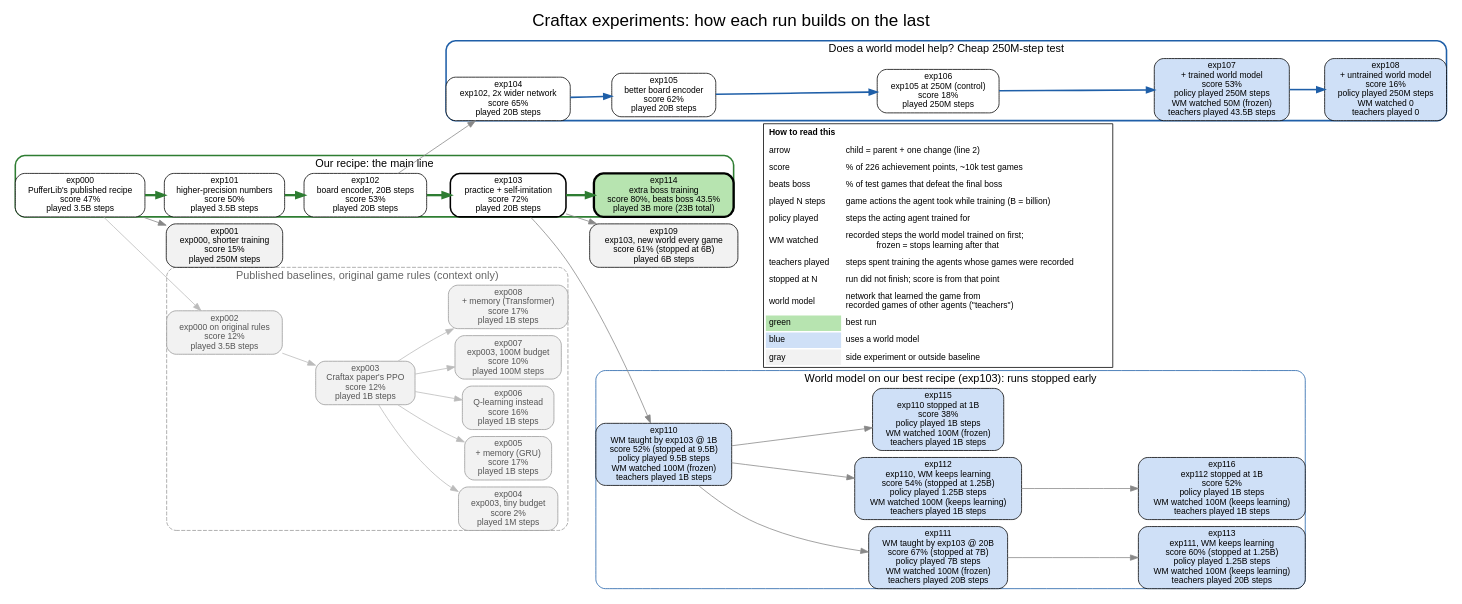
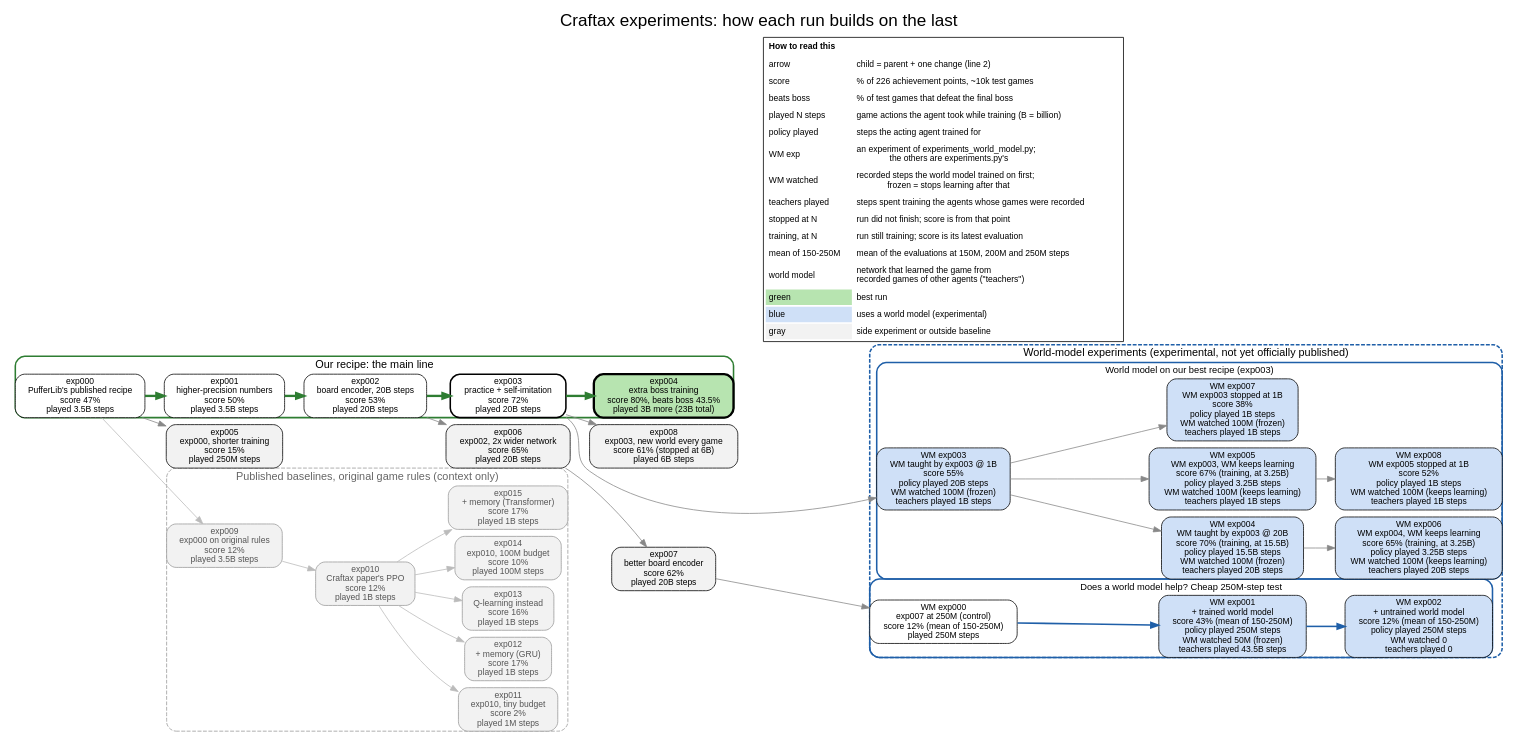
The diagram in priml/baselines/craftax/docs/experiments.dot (Abhishek-B-R/priml), drawn with Graphviz before and after one commit. The commit also changed 39 other files, not shown here.

```diff
--- a/priml/baselines/craftax/docs/experiments.dot
+++ b/priml/baselines/craftax/docs/experiments.dot
@@ -1,81 +1,89 @@
 digraph craftax {
   rankdir=LR;
   graph [fontname="Helvetica", nodesep=0.12, ranksep=0.35, margin=0.1, labelloc=t, fontsize=22,
          label="Craftax experiments: how each run builds on the last"];
   node  [shape=box, style="rounded,filled", fillcolor="white", fontname="Helvetica", fontsize=11];
   edge  [color="#888888"];
 
   subgraph cluster_main {
     label="Our recipe: the main line"; fontsize=14; style="rounded"; color="#2e7d32"; penwidth=2;
     exp000 [label="exp000\nPufferLib's published recipe\nscore 47%\nplayed 3.5B steps"];
-    exp101 [label="exp101\nhigher-precision numbers\nscore 50%\nplayed 3.5B steps"];
-    exp102 [label="exp102\nboard encoder, 20B steps\nscore 53%\nplayed 20B steps"];
-    exp103 [label="exp103\npractice + self-imitation\nscore 72%\nplayed 20B steps", penwidth=2];
-    exp114 [label="exp114\nextra boss training\nscore 80%, beats boss 43.5%\nplayed 3B more (23B total)", fillcolor="#b7e4b0", penwidth=3];
+    exp001 [label="exp001\nhigher-precision numbers\nscore 50%\nplayed 3.5B steps"];
+    exp002 [label="exp002\nboard encoder, 20B steps\nscore 53%\nplayed 20B steps"];
+    exp003 [label="exp003\npractice + self-imitation\nscore 72%\nplayed 20B steps", penwidth=2];
+    exp004 [label="exp004\nextra boss training\nscore 80%, beats boss 43.5%\nplayed 3B more (23B total)", fillcolor="#b7e4b0", penwidth=3];
   }
-  exp000 -> exp101 -> exp102 -> exp103 -> exp114 [color="#2e7d32", penwidth=3, weight=10];
+  exp000 -> exp001 -> exp002 -> exp003 -> exp004 [color="#2e7d32", penwidth=3, weight=10];
 
-  exp001 [label="exp001\nexp000, shorter training\nscore 15%\nplayed 250M steps", fillcolor="#f2f2f2"];
-  exp109 [label="exp109\nexp103, new world every game\nscore 61% (stopped at 6B)\nplayed 6B steps", fillcolor="#f2f2f2"];
-  exp000 -> exp001;
-  exp103 -> exp109;
+  exp005 [label="exp005\nexp000, shorter training\nscore 15%\nplayed 250M steps", fillcolor="#f2f2f2"];
+  exp008 [label="exp008\nexp003, new world every game\nscore 61% (stopped at 6B)\nplayed 6B steps", fillcolor="#f2f2f2"];
+  exp006 [label="exp006\nexp002, 2x wider network\nscore 65%\nplayed 20B steps", fillcolor="#f2f2f2"];
+  exp007 [label="exp007\nbetter board encoder\nscore 62%\nplayed 20B steps", fillcolor="#f2f2f2"];
+  exp000 -> exp005;
+  exp003 -> exp008;
+  exp002 -> exp006 -> exp007;
 
   subgraph cluster_baselines {
     label="Published baselines, original game rules (context only)"; fontsize=14; style="rounded,dashed"; color="#999999"; fontcolor="#666666";
     node [fillcolor="#f2f2f2", fontcolor="#555555", color="#999999"];
-    exp002 [label="exp002\nexp000 on original rules\nscore 12%\nplayed 3.5B steps"];
-    exp003 [label="exp003\nCraftax paper's PPO\nscore 12%\nplayed 1B steps"];
-    exp004 [label="exp004\nexp003, tiny budget\nscore 2%\nplayed 1M steps"];
-    exp005 [label="exp005\n+ memory (GRU)\nscore 17%\nplayed 1B steps"];
-    exp006 [label="exp006\nQ-learning instead\nscore 16%\nplayed 1B steps"];
-    exp007 [label="exp007\nexp003, 100M budget\nscore 10%\nplayed 100M steps"];
-    exp008 [label="exp008\n+ memory (Transformer)\nscore 17%\nplayed 1B steps"];
+    exp009 [label="exp009\nexp000 on original rules\nscore 12%\nplayed 3.5B steps"];
+    exp010 [label="exp010\nCraftax paper's PPO\nscore 12%\nplayed 1B steps"];
+    exp011 [label="exp011\nexp010, tiny budget\nscore 2%\nplayed 1M steps"];
+    exp012 [label="exp012\n+ memory (GRU)\nscore 17%\nplayed 1B steps"];
+    exp013 [label="exp013\nQ-learning instead\nscore 16%\nplayed 1B steps"];
+    exp014 [label="exp014\nexp010, 100M budget\nscore 10%\nplayed 100M steps"];
+    exp015 [label="exp015\n+ memory (Transformer)\nscore 17%\nplayed 1B steps"];
   }
-  exp000 -> exp002 [color="#bbbbbb"];
-  exp002 -> exp003 [color="#bbbbbb"];
-  exp003 -> exp004 [color="#bbbbbb"]; exp003 -> exp005 [color="#bbbbbb"]; exp003 -> exp006 [color="#bbbbbb"];
-  exp003 -> exp007 [color="#bbbbbb"]; exp003 -> exp008 [color="#bbbbbb"];
+  exp000 -> exp009 [color="#bbbbbb"];
+  exp009 -> exp010 [color="#bbbbbb"];
+  exp010 -> exp011 [color="#bbbbbb"]; exp010 -> exp012 [color="#bbbbbb"]; exp010 -> exp013 [color="#bbbbbb"];
+  exp010 -> exp014 [color="#bbbbbb"]; exp010 -> exp015 [color="#bbbbbb"];
 
-  subgraph cluster_wm_test {
-    label="Does a world model help? Cheap 250M-step test"; fontsize=14; style="rounded"; color="#1f5fa8"; penwidth=2;
-    exp104 [label="exp104\nexp102, 2x wider network\nscore 65%\nplayed 20B steps"];
-    exp105 [label="exp105\nbetter board encoder\nscore 62%\nplayed 20B steps"];
-    exp106 [label="exp106\nexp105 at 250M (control)\nscore 18%\nplayed 250M steps"];
-    exp107 [label="exp107\n+ trained world model\nscore 53%\npolicy played 250M steps\nWM watched 50M (frozen)\nteachers played 43.5B steps", fillcolor="#cfe0f7"];
-    exp108 [label="exp108\n+ untrained world model\nscore 16%\npolicy played 250M steps\nWM watched 0\nteachers played 0", fillcolor="#cfe0f7"];
+  subgraph cluster_world_model {
+    label="World-model experiments (experimental, not yet officially published)"; fontsize=14; style="rounded,dashed"; color="#1f5fa8"; penwidth=2;
+    node [fillcolor="#cfe0f7"];
+
+    subgraph cluster_wm_test {
+      label="Does a world model help? Cheap 250M-step test"; fontsize=12; style="rounded"; color="#1f5fa8";
+      wm000 [label="WM exp000\nexp007 at 250M (control)\nscore 12% (mean of 150-250M)\nplayed 250M steps", fillcolor="white"];
+      wm001 [label="WM exp001\n+ trained world model\nscore 43% (mean of 150-250M)\npolicy played 250M steps\nWM watched 50M (frozen)\nteachers played 43.5B steps"];
+      wm002 [label="WM exp002\n+ untrained world model\nscore 12% (mean of 150-250M)\npolicy played 250M steps\nWM watched 0\nteachers played 0"];
+    }
+
+    subgraph cluster_wm_best {
+      label="World model on our best recipe (exp003)"; fontsize=12; style="rounded"; color="#1f5fa8";
+      wm003 [label="WM exp003\nWM taught by exp003 @ 1B\nscore 55%\npolicy played 20B steps\nWM watched 100M (frozen)\nteachers played 1B steps"];
+      wm004 [label="WM exp004\nWM taught by exp003 @ 20B\nscore 70% (training, at 15.5B)\npolicy played 15.5B steps\nWM watched 100M (frozen)\nteachers played 20B steps"];
+      wm005 [label="WM exp005\nWM exp003, WM keeps learning\nscore 67% (training, at 3.25B)\npolicy played 3.25B steps\nWM watched 100M (keeps learning)\nteachers played 1B steps"];
+      wm006 [label="WM exp006\nWM exp004, WM keeps learning\nscore 65% (training, at 3.25B)\npolicy played 3.25B steps\nWM watched 100M (keeps learning)\nteachers played 20B steps"];
+      wm007 [label="WM exp007\nWM exp003 stopped at 1B\nscore 38%\npolicy played 1B steps\nWM watched 100M (frozen)\nteachers played 1B steps"];
+      wm008 [label="WM exp008\nWM exp005 stopped at 1B\nscore 52%\npolicy played 1B steps\nWM watched 100M (keeps learning)\nteachers played 1B steps"];
+    }
   }
-  exp102 -> exp104;
-  exp104 -> exp105 -> exp106 -> exp107 -> exp108 [color="#1f5fa8", penwidth=2];
-
-  subgraph cluster_wm_best {
-    label="World model on our best recipe (exp103): runs stopped early"; fontsize=14; style="rounded"; color="#1f5fa8";
-    node [fillcolor="#cfe0f7"];
-    exp110 [label="exp110\nWM taught by exp103 @ 1B\nscore 52% (stopped at 9.5B)\npolicy played 9.5B steps\nWM watched 100M (frozen)\nteachers played 1B steps"];
-    exp111 [label="exp111\nWM taught by exp103 @ 20B\nscore 67% (stopped at 7B)\npolicy played 7B steps\nWM watched 100M (frozen)\nteachers played 20B steps"];
-    exp112 [label="exp112\nexp110, WM keeps learning\nscore 54% (stopped at 1.25B)\npolicy played 1.25B steps\nWM watched 100M (keeps learning)\nteachers played 1B steps"];
-    exp113 [label="exp113\nexp111, WM keeps learning\nscore 60% (stopped at 1.25B)\npolicy played 1.25B steps\nWM watched 100M (keeps learning)\nteachers played 20B steps"];
-    exp115 [label="exp115\nexp110 stopped at 1B\nscore 38%\npolicy played 1B steps\nWM watched 100M (frozen)\nteachers played 1B steps"];
-    exp116 [label="exp116\nexp112 stopped at 1B\nscore 52%\npolicy played 1B steps\nWM watched 100M (keeps learning)\nteachers played 1B steps"];
-  }
-  exp103 -> exp110;
-  exp110 -> exp111; exp110 -> exp112; exp110 -> exp115;
-  exp111 -> exp113; exp112 -> exp116;
+  exp007 -> wm000;
+  wm000 -> wm001 -> wm002 [color="#1f5fa8", penwidth=2];
+  exp003 -> wm003;
+  wm003 -> wm004; wm003 -> wm005; wm003 -> wm007;
+  wm004 -> wm006; wm005 -> wm008;
 
   key [shape=plaintext, style="", label=<
     <TABLE BORDER="1" CELLBORDER="0" CELLSPACING="2" CELLPADDING="4" BGCOLOR="white">
       <TR><TD COLSPAN="2" ALIGN="LEFT"><B>How to read this</B></TD></TR>
       <TR><TD ALIGN="LEFT">arrow</TD><TD ALIGN="LEFT">child = parent + one change (line 2)</TD></TR>
       <TR><TD ALIGN="LEFT">score</TD><TD ALIGN="LEFT">% of 226 achievement points, ~10k test games</TD></TR>
       <TR><TD ALIGN="LEFT">beats boss</TD><TD ALIGN="LEFT">% of test games that defeat the final boss</TD></TR>
       <TR><TD ALIGN="LEFT">played N steps</TD><TD ALIGN="LEFT">game actions the agent took while training (B = billion)</TD></TR>
       <TR><TD ALIGN="LEFT">policy played</TD><TD ALIGN="LEFT">steps the acting agent trained for</TD></TR>
+      <TR><TD ALIGN="LEFT">WM exp</TD><TD ALIGN="LEFT">an experiment of experiments_world_model.py;<BR ALIGN="LEFT"/>the others are experiments.py's</TD></TR>
       <TR><TD ALIGN="LEFT">WM watched</TD><TD ALIGN="LEFT">recorded steps the world model trained on first;<BR ALIGN="LEFT"/>frozen = stops learning after that</TD></TR>
       <TR><TD ALIGN="LEFT">teachers played</TD><TD ALIGN="LEFT">steps spent training the agents whose games were recorded</TD></TR>
       <TR><TD ALIGN="LEFT">stopped at N</TD><TD ALIGN="LEFT">run did not finish; score is from that point</TD></TR>
+      <TR><TD ALIGN="LEFT">training, at N</TD><TD ALIGN="LEFT">run still training; score is its latest evaluation</TD></TR>
+      <TR><TD ALIGN="LEFT">mean of 150-250M</TD><TD ALIGN="LEFT">mean of the evaluations at 150M, 200M and 250M steps</TD></TR>
       <TR><TD ALIGN="LEFT">world model</TD><TD ALIGN="LEFT">network that learned the game from<BR ALIGN="LEFT"/>recorded games of other agents ("teachers")</TD></TR>
       <TR><TD ALIGN="LEFT" BGCOLOR="#b7e4b0">green</TD><TD ALIGN="LEFT">best run</TD></TR>
-      <TR><TD ALIGN="LEFT" BGCOLOR="#cfe0f7">blue</TD><TD ALIGN="LEFT">uses a world model</TD></TR>
+      <TR><TD ALIGN="LEFT" BGCOLOR="#cfe0f7">blue</TD><TD ALIGN="LEFT">uses a world model (experimental)</TD></TR>
       <TR><TD ALIGN="LEFT" BGCOLOR="#f2f2f2">gray</TD><TD ALIGN="LEFT">side experiment or outside baseline</TD></TR>
     </TABLE>>];
-  exp109 -> key [style=invis];
+  exp008 -> key [style=invis];
 }
```
